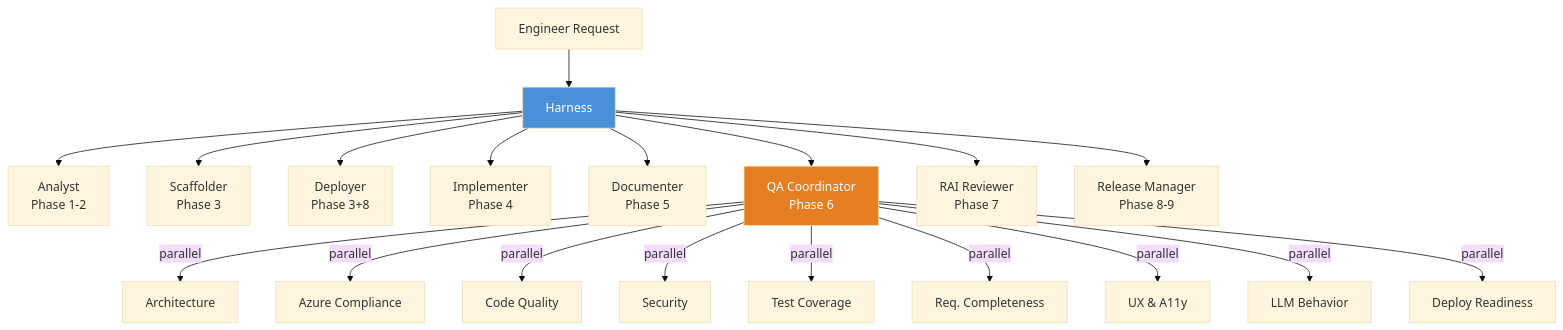
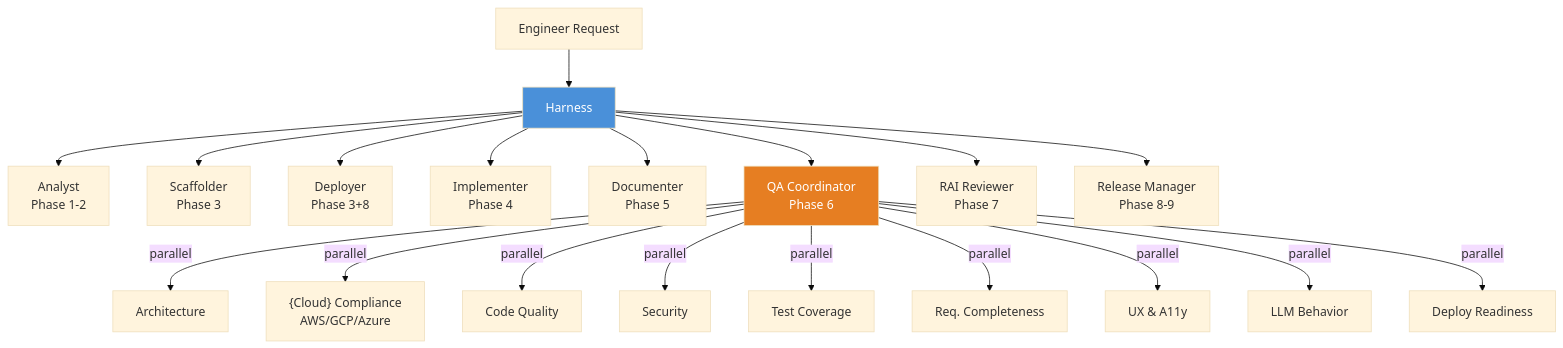
Before and after one commit to Dongbumlee/sdlc-harness: the diagram in README.md, drawn with Mermaid (base theme). The commit also changed other lines of this file and 6 other files, not shown here.

First line of the commit message:
Docs: sync agent/skill counts (21/22) and {Cloud} Compliance routing

````diff
--- a/README.md
+++ b/README.md
@@ -87,26 +87,26 @@
 ```mermaid
 flowchart TD
     Request["Engineer Request"] --> H["Harness"]
 
     H --> A["Analyst<br/>Phase 1-2"]
     H --> S["Scaffolder<br/>Phase 3"]
     H --> Dep["Deployer<br/>Phase 3+8"]
     H --> I["Implementer<br/>Phase 4"]
     H --> Doc["Documenter<br/>Phase 5"]
     H --> QA["QA Coordinator<br/>Phase 6"]
     H --> RAI["RAI Reviewer<br/>Phase 7"]
     H --> R["Release Manager<br/>Phase 8-9"]
 
     QA -->|parallel| R1["Architecture"]
-    QA -->|parallel| R2["Azure Compliance"]
+    QA -->|parallel| R2["{Cloud} Compliance<br/>AWS/GCP/Azure"]
     QA -->|parallel| R3["Code Quality"]
     QA -->|parallel| R4["Security"]
     QA -->|parallel| R5["Test Coverage"]
     QA -->|parallel| R6["Req. Completeness"]
     QA -->|parallel| R7["UX & A11y"]
     QA -->|parallel| R8["LLM Behavior"]
     QA -->|parallel| R9["Deploy Readiness"]
 
     style H fill:#4A90D9,color:#fff
     style QA fill:#E67E22,color:#fff
 ```
````
